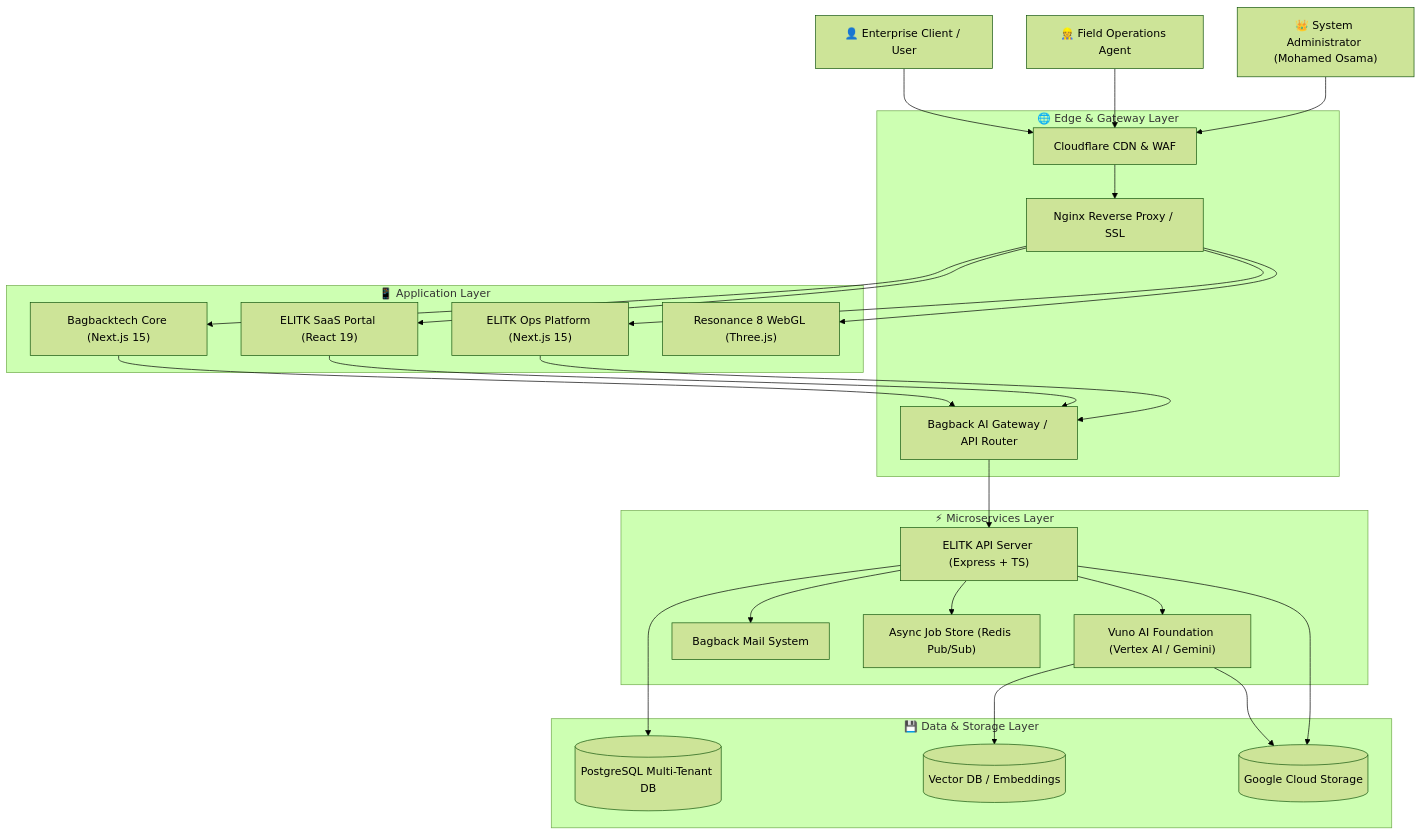
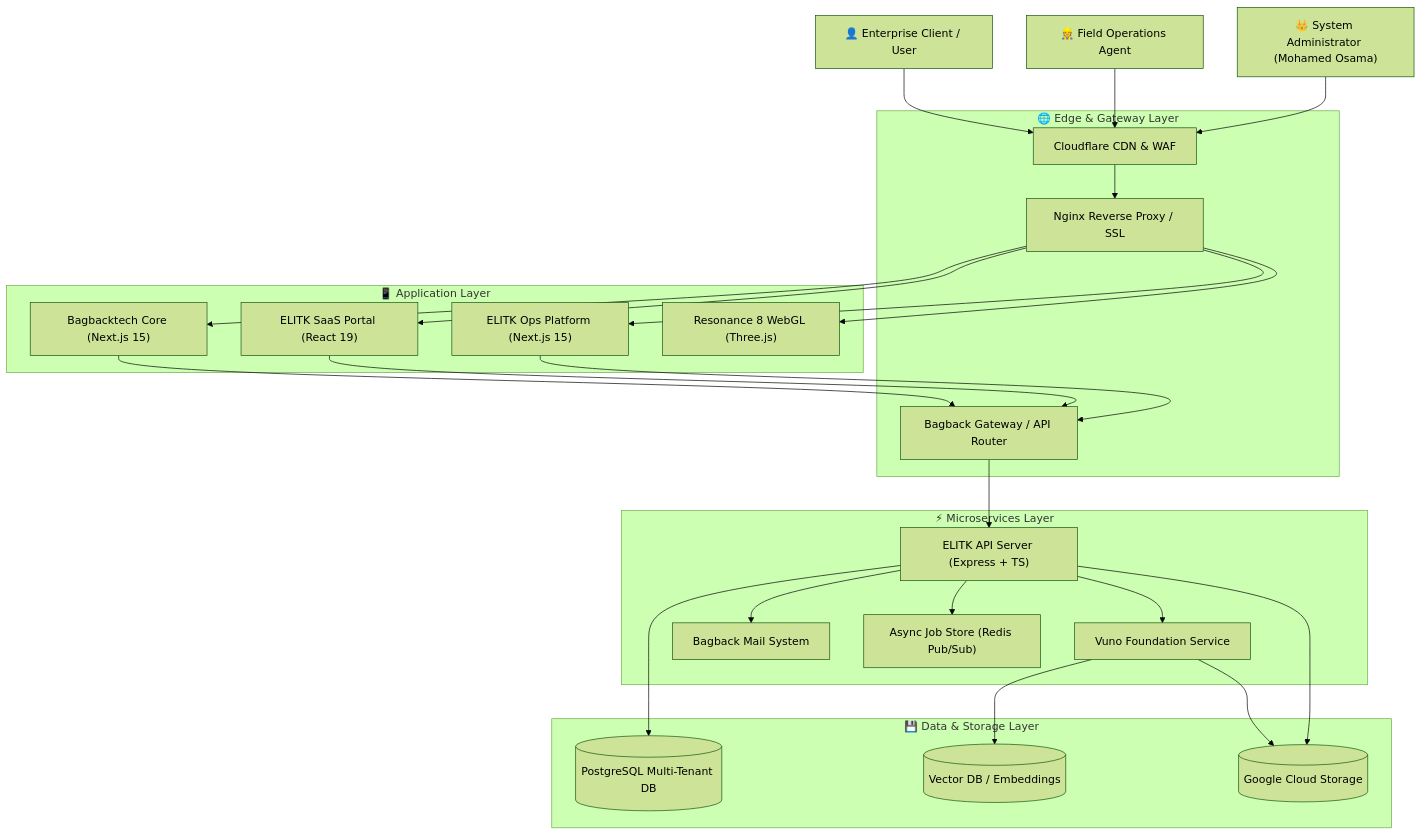
Before and after one commit to mohamedosamaai/mohamedosamaai: the diagram in README.md, drawn with Mermaid (forest theme). The commit also changed other lines of this file and 7 other files, not shown here.

````diff
--- a/README.md
+++ b/README.md
@@ -81,62 +81,62 @@
 ```mermaid
 graph TD
     %% User Personas
     Client["👤 Enterprise Client / User"]
     OpUser["👷 Field Operations Agent"]
     Admin["👑 System Administrator (Mohamed Osama)"]
 
     %% Gateway & Edge Layer
     subgraph Edge ["🌐 Edge & Gateway Layer"]
         CF["Cloudflare CDN & WAF"]
         Proxy["Nginx Reverse Proxy / SSL"]
-        Gateway["Bagback AI Gateway / API Router"]
+        Gateway["Bagback Gateway / API Router"]
     end
 
     %% Application Layer
     subgraph Apps ["📱 Application Layer"]
         CoreWeb["Bagbacktech Core (Next.js 15)"]
         ElitkWeb["ELITK SaaS Portal (React 19)"]
         OpsApp["ELITK Ops Platform (Next.js 15)"]
         Resonance8["Resonance 8 WebGL (Three.js)"]
     end
 
     %% Microservices Layer
     subgraph Services ["⚡ Microservices Layer"]
         APIServer["ELITK API Server (Express + TS)"]
-        AIService["Vuno AI Foundation (Vertex AI / Gemini)"]
+        AIService["Vuno Foundation Service"]
         MailService["Bagback Mail System"]
         JobStore["Async Job Store (Redis Pub/Sub)"]
     end
 
     %% Persistence Layer
     subgraph Data ["💾 Data & Storage Layer"]
         PG[("PostgreSQL Multi-Tenant DB")]
         VDB[("Vector DB / Embeddings")]
         GCS[("Google Cloud Storage")]
     end
 
     %% User Interactions
     Client --> CF
     OpUser --> CF
     Admin --> CF
     CF --> Proxy
     Proxy --> CoreWeb
     Proxy --> ElitkWeb
     Proxy --> OpsApp
     Proxy --> Resonance8
 
     %% Service Connections
     CoreWeb --> Gateway
     ElitkWeb --> Gateway
     OpsApp --> Gateway
     Gateway --> APIServer
     APIServer --> AIService
     APIServer --> MailService
     APIServer --> JobStore
 
     %% Data Connections
     APIServer --> PG
     AIService --> VDB
     AIService --> GCS
     APIServer --> GCS
 ```
````
